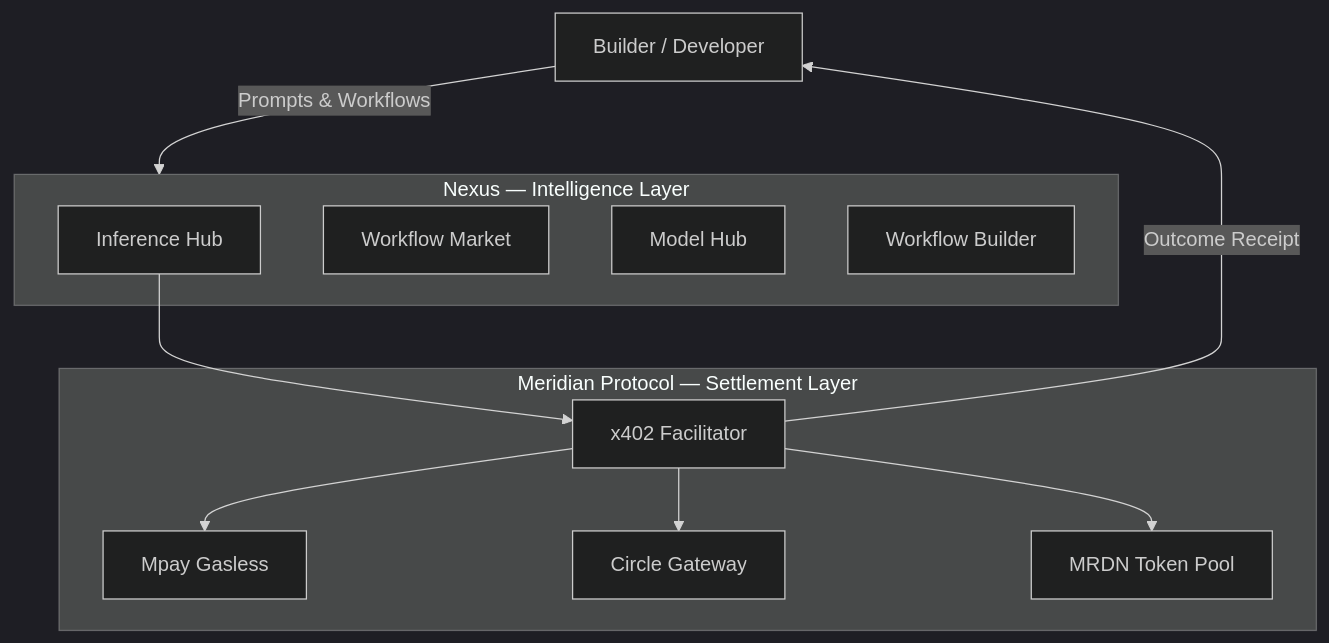
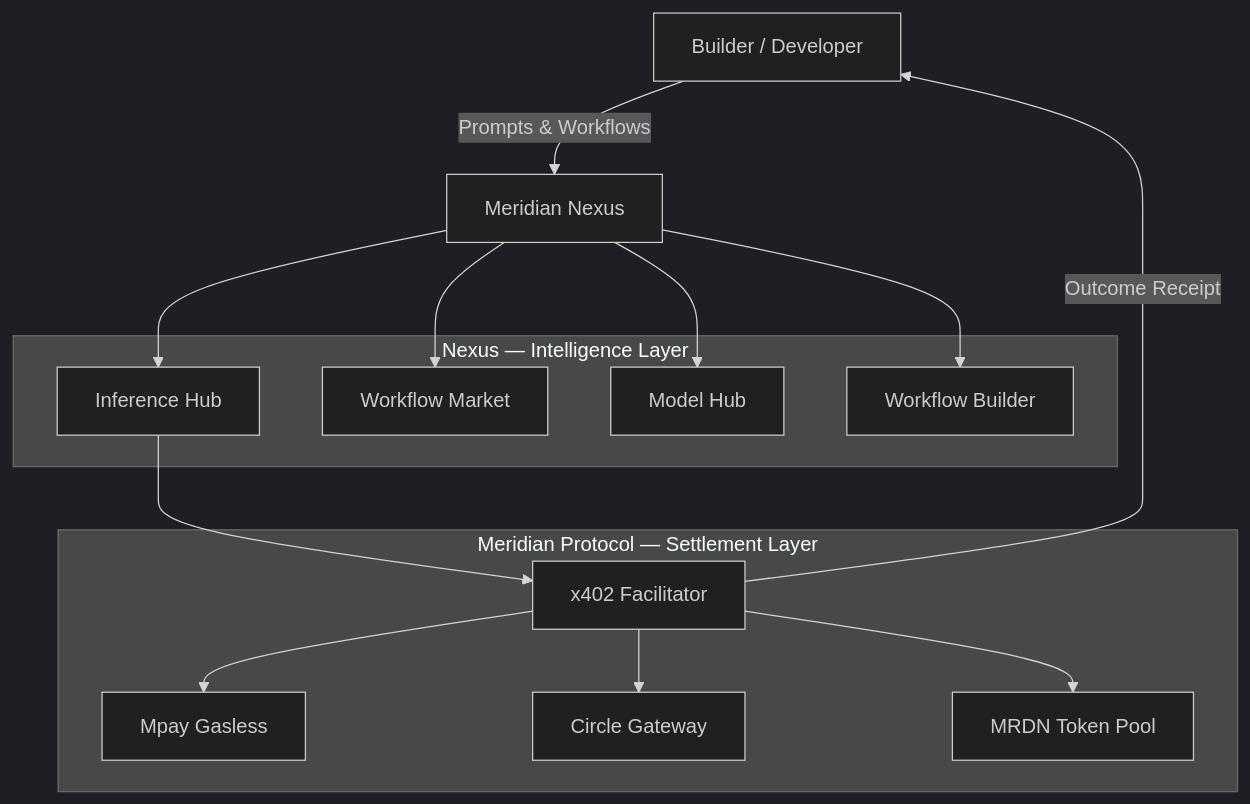
The diagram in README.md (johnparente97/M.NexusPhase1), drawn with Mermaid (dark theme) before and after one commit. The commit also changed other lines of this file and 1 other file, not shown here.

````diff
--- a/README.md
+++ b/README.md
@@ -29,24 +29,28 @@
 ```mermaid
 graph TD
-    User["Builder / Developer"] -->|Prompts & Workflows| Nexus["Meridian Nexus"]
+    User["Builder / Developer"] -->|Prompts & Workflows| NexusUI["Meridian Nexus"]
 
-    subgraph Nexus["Nexus — Intelligence Layer"]
+    subgraph NexusLayer["Nexus — Intelligence Layer"]
         InfHub["Inference Hub"]
         WFMarket["Workflow Market"]
         ModelHub["Model Hub"]
         Studio["Workflow Builder"]
     end
 
-    subgraph Protocol["Meridian Protocol — Settlement Layer"]
+    subgraph ProtocolLayer["Meridian Protocol — Settlement Layer"]
         x402["x402 Facilitator"]
         Mpay["Mpay Gasless"]
         Gateway["Circle Gateway"]
         Token["MRDN Token Pool"]
     end
 
+    NexusUI --> InfHub
+    NexusUI --> WFMarket
+    NexusUI --> ModelHub
+    NexusUI --> Studio
     InfHub --> x402
     x402 --> Mpay
     x402 --> Gateway
     x402 --> Token
     x402 -->|Outcome Receipt| User
 ```
````
